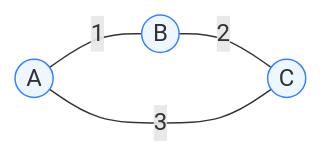
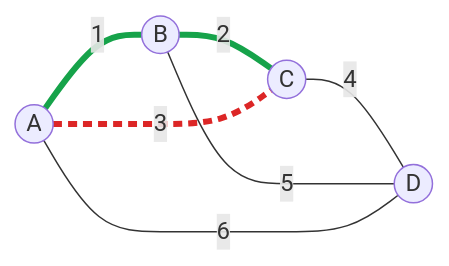
The fifth of 7 diagrams in my-notes/01-基础巩固/11-图相关的算法/05-最小生成树-Kruskal算法.md (freeedoooooo/algs), drawn with Mermaid before and after one commit. The commit also changed other lines of this file and 14 other files, not shown here.

````diff
--- a/my-notes/01-基础巩固/11-图相关的算法/05-最小生成树-Kruskal算法.md
+++ b/my-notes/01-基础巩固/11-图相关的算法/05-最小生成树-Kruskal算法.md
@@ -251,10 +276,13 @@
 ```mermaid
 graph LR
     A((A)) ---|1| B((B))
     B ---|2| C((C))
     A ---|3| C
+    C ---|4| D((D))
+    B ---|5| D
+    A ---|6| D
 
-    style A fill:#eef7ff,stroke:#3b82f6,stroke-width:1px
-    style B fill:#eef7ff,stroke:#3b82f6,stroke-width:1px
-    style C fill:#eef7ff,stroke:#3b82f6,stroke-width:1px
+    linkStyle 0 stroke:#16a34a,stroke-width:4px
+    linkStyle 1 stroke:#16a34a,stroke-width:4px
+    linkStyle 2 stroke:#dc2626,stroke-width:4px,stroke-dasharray: 6 4
 ```
````
